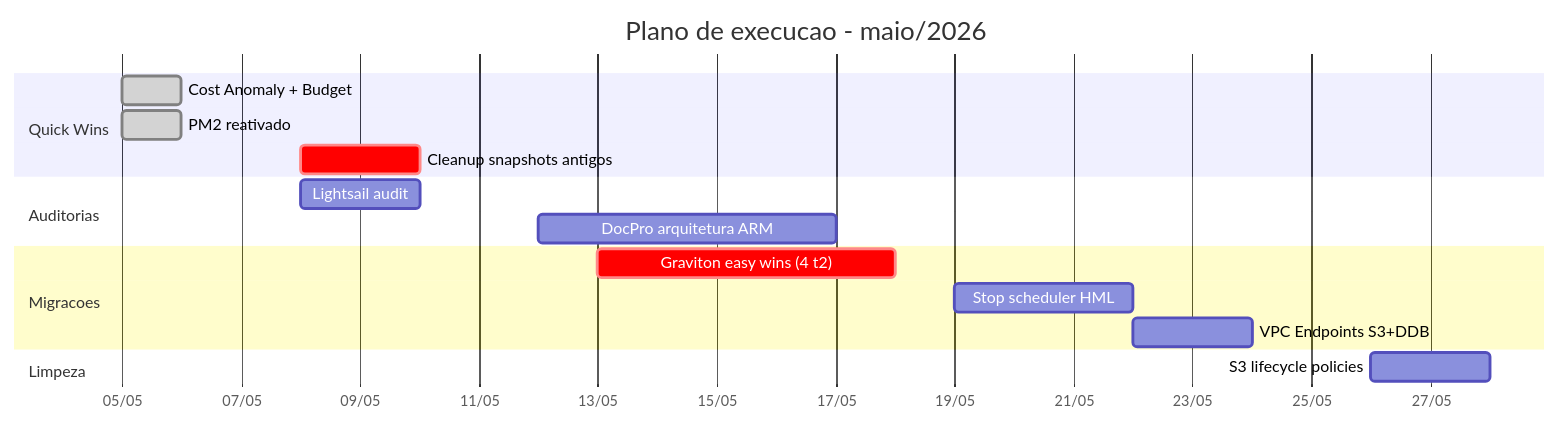
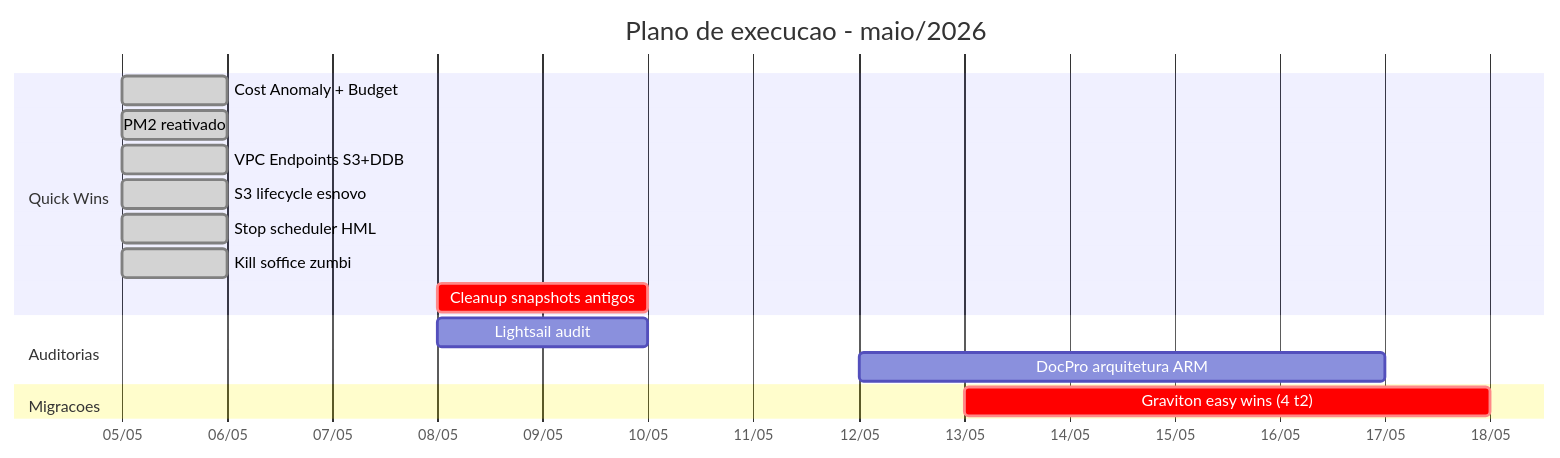
One commit to fparanhos/cepedoc-docs changed the second of 5 diagrams in ROADMAP_OTIMIZACAO_AWS.md. Above: the diagram before and after it, drawn with Mermaid. The commit also changed other lines of this file, not shown here.

````diff
--- a/ROADMAP_OTIMIZACAO_AWS.md
+++ b/ROADMAP_OTIMIZACAO_AWS.md
@@ -37,19 +41,19 @@
 ```mermaid
 gantt
     title Plano de execucao - maio/2026
     dateFormat YYYY-MM-DD
     axisFormat %d/%m
     section Quick Wins
     Cost Anomaly + Budget          :done, qw1, 2026-05-05, 1d
     PM2 reativado                  :done, qw2, 2026-05-05, 1d
-    Cleanup snapshots antigos      :crit, qw3, 2026-05-08, 2d
+    VPC Endpoints S3+DDB           :done, qw3, 2026-05-05, 1d
+    S3 lifecycle esnovo            :done, qw4, 2026-05-05, 1d
+    Stop scheduler HML             :done, qw5, 2026-05-05, 1d
+    Kill soffice zumbi             :done, qw6, 2026-05-05, 1d
+    Cleanup snapshots antigos      :crit, qw7, 2026-05-08, 2d
     section Auditorias
     Lightsail audit                :a1, 2026-05-08, 2d
     DocPro arquitetura ARM         :a2, 2026-05-12, 5d
     section Migracoes
     Graviton easy wins (4 t2)      :crit, m1, 2026-05-13, 5d
-    Stop scheduler HML             :m2, 2026-05-19, 3d
-    VPC Endpoints S3+DDB           :m3, 2026-05-22, 2d
-    section Limpeza
-    S3 lifecycle policies          :l1, 2026-05-26, 2d
 ```
````
